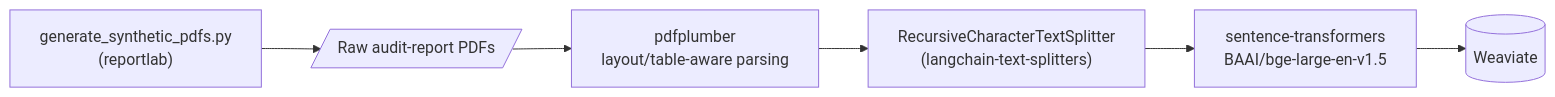
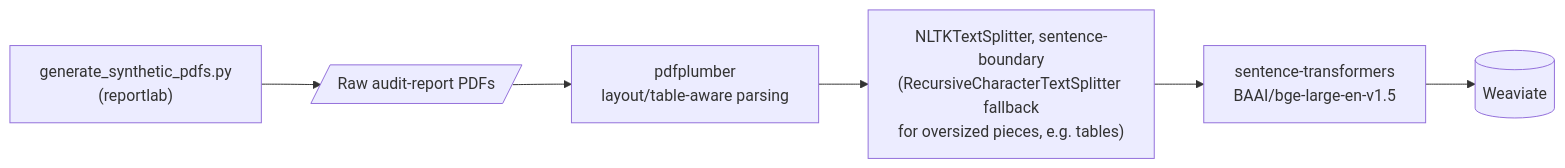
The third of 3 diagrams in README.md (meghanaraobn/langgraph-multi-agent-supply-risk), drawn with Mermaid before and after one commit. The commit also changed other lines of this file and 12 other files, not shown here.

````diff
--- a/README.md
+++ b/README.md
@@ -82,9 +82,9 @@
 ```mermaid
 %%{init: {'themeVariables': {'fontSize': '16px'}}}%%
 flowchart LR
     GEN["generate_synthetic_pdfs.py<br/>(reportlab)"] --> PDF[/Raw audit-report PDFs/]
     PDF --> PARSE["pdfplumber<br/>layout/table-aware parsing"]
-    PARSE --> CHUNK["RecursiveCharacterTextSplitter<br/>(langchain-text-splitters)"]
+    PARSE --> CHUNK["NLTKTextSplitter, sentence-boundary<br/>(RecursiveCharacterTextSplitter fallback<br/>for oversized pieces, e.g. tables)"]
     CHUNK --> EMBED["sentence-transformers<br/>BAAI/bge-large-en-v1.5"]
     EMBED --> WV[("Weaviate")]
 ```
````
